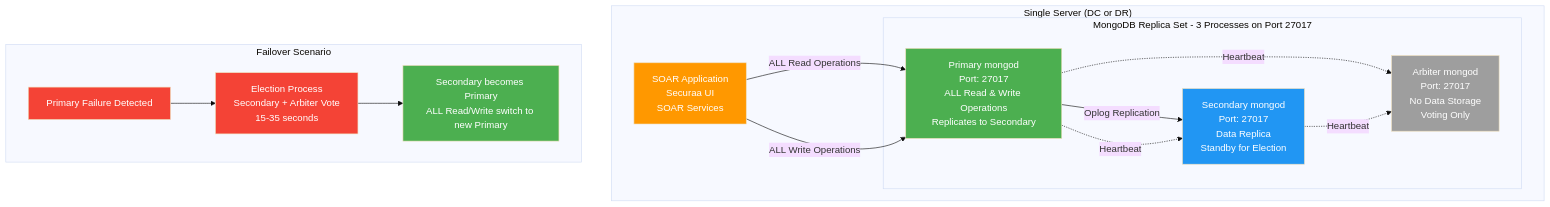
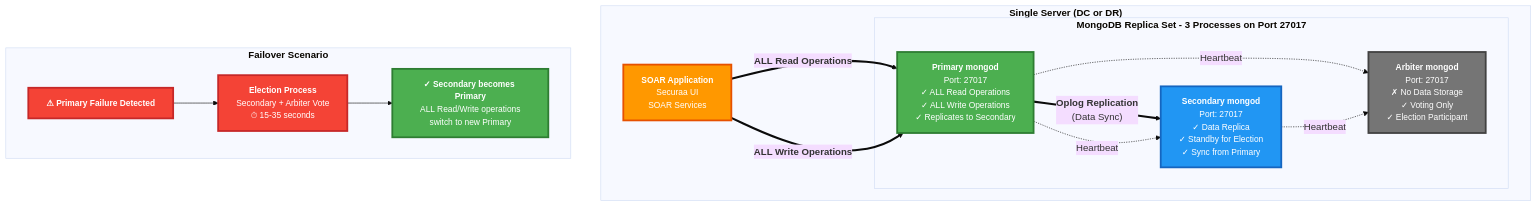
Before and after one commit to Vishwa0220/customers-docs: the second of 11 diagrams in HA_DR_Architecture_Documentation_dt.md, drawn with Mermaid (base theme). The commit also changed other lines of this file, not shown here.

````diff
--- a/HA_DR_Architecture_Documentation_dt.md
+++ b/HA_DR_Architecture_Documentation_dt.md
@@ -93,41 +98,41 @@
 ```mermaid
 graph TB
-    subgraph "Single Server (DC or DR)"
-        subgraph "MongoDB Replica Set - 3 Processes on Port 27017"
-            PRIMARY[Primary mongod<br/>Port: 27017<br/>ALL Read & Write Operations<br/>Replicates to Secondary]
-            SECONDARY[Secondary mongod<br/>Port: 27017<br/>Data Replica<br/>Standby for Election]
-            ARBITER[Arbiter mongod<br/>Port: 27017<br/>No Data Storage<br/>Voting Only]
+    subgraph SERVER["<b>Single Server (DC or DR)</b>"]
+        subgraph REPLICA["<b>MongoDB Replica Set - 3 Processes on Port 27017</b>"]
+            PRIMARY["<b>Primary mongod</b><br/>Port: 27017<br/>✓ ALL Read Operations<br/>✓ ALL Write Operations<br/>✓ Replicates to Secondary"]
+            SECONDARY["<b>Secondary mongod</b><br/>Port: 27017<br/>✓ Data Replica<br/>✓ Standby for Election<br/>✓ Sync from Primary"]
+            ARBITER["<b>Arbiter mongod</b><br/>Port: 27017<br/>✗ No Data Storage<br/>✓ Voting Only<br/>✓ Election Participant"]
             
-            PRIMARY -->|Oplog Replication| SECONDARY
-            PRIMARY -.->|Heartbeat| SECONDARY
-            PRIMARY -.->|Heartbeat| ARBITER
-            SECONDARY -.->|Heartbeat| ARBITER
+            PRIMARY ==>|"<b>Oplog Replication</b><br/>(Data Sync)"| SECONDARY
+            PRIMARY -.->|"Heartbeat"| SECONDARY
+            PRIMARY -.->|"Heartbeat"| ARBITER
+            SECONDARY -.->|"Heartbeat"| ARBITER
         end
         
-        APP[SOAR Application<br/>Securaa UI<br/>SOAR Services]
+        APP["<b>SOAR Application</b><br/>Securaa UI<br/>SOAR Services"]
         
-        APP -->|ALL Read Operations| PRIMARY
-        APP -->|ALL Write Operations| PRIMARY
+        APP ==>|"<b>ALL Read Operations</b>"| PRIMARY
+        APP ==>|"<b>ALL Write Operations</b>"| PRIMARY
     end
     
-    subgraph "Failover Scenario"
-        FAIL[Primary Failure Detected]
-        ELECT[Election Process<br/>Secondary + Arbiter Vote<br/>15-35 seconds]
-        NEWPRIMARY[Secondary becomes Primary<br/>ALL Read/Write switch to new Primary]
+    subgraph FAILOVER["<b>Failover Scenario</b>"]
+        FAIL["<b>⚠ Primary Failure Detected</b>"]
+        ELECT["<b>Election Process</b><br/>Secondary + Arbiter Vote<br/>⏱ 15-35 seconds"]
+        NEWPRIMARY["<b>✓ Secondary becomes Primary</b><br/>ALL Read/Write operations<br/>switch to new Primary"]
         
         FAIL --> ELECT
         ELECT --> NEWPRIMARY
     end
     
-    classDef primary fill:#4CAF50,color:#fff
-    classDef secondary fill:#2196F3,color:#fff
-    classDef arbiter fill:#9E9E9E,color:#fff
-    classDef app fill:#FF9800,color:#fff
-    classDef failover fill:#f44336,color:#fff
+    classDef primaryStyle fill:#4CAF50,stroke:#2e7d32,stroke-width:3px,color:#fff,font-size:14px
+    classDef secondaryStyle fill:#2196F3,stroke:#1565c0,stroke-width:3px,color:#fff,font-size:14px
+    classDef arbiterStyle fill:#757575,stroke:#424242,stroke-width:3px,color:#fff,font-size:14px
+    classDef appStyle fill:#FF9800,stroke:#e65100,stroke-width:3px,color:#fff,font-size:14px
+    classDef failoverStyle fill:#f44336,stroke:#c62828,stroke-width:3px,color:#fff,font-size:14px
     
-    class PRIMARY,NEWPRIMARY primary
-    class SECONDARY secondary
-    class ARBITER arbiter
-    class APP app
-    class FAIL,ELECT failover
+    class PRIMARY,NEWPRIMARY primaryStyle
+    class SECONDARY secondaryStyle
+    class ARBITER arbiterStyle
+    class APP appStyle
+    class FAIL,ELECT failoverStyle
 ```
````
